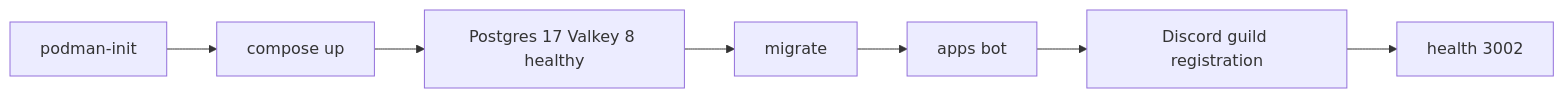
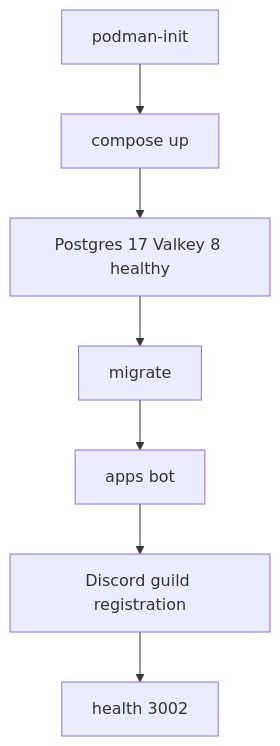
One commit to DeathSurfing/AdityaVikramPortfolio changed the third of 3 diagrams in v2/content/blog/building-siela-discord-bot-music-tambola.mdx. Above: the diagram before and after it, drawn with Mermaid. The commit also changed other lines of this file and 8 other files, not shown here.

First line of the commit message:
fix(v2): render mermaid diagrams and restyle mdx code blocks

````diff
--- a/v2/content/blog/building-siela-discord-bot-music-tambola.mdx
+++ b/v2/content/blog/building-siela-discord-bot-music-tambola.mdx
@@ -120,9 +120,9 @@
 ```mermaid
-flowchart LR
+flowchart TB
 A[podman-init] --> B[compose up]
 B --> C[Postgres 17 Valkey 8 healthy]
 C --> D[migrate]
 D --> E[apps bot]
 E --> F[Discord guild registration]
 F --> G[health 3002]
 ```
````
